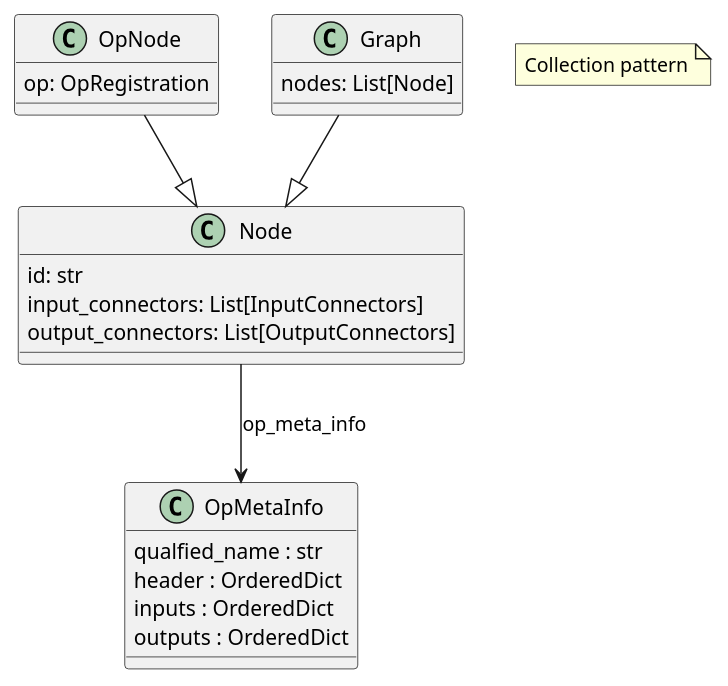
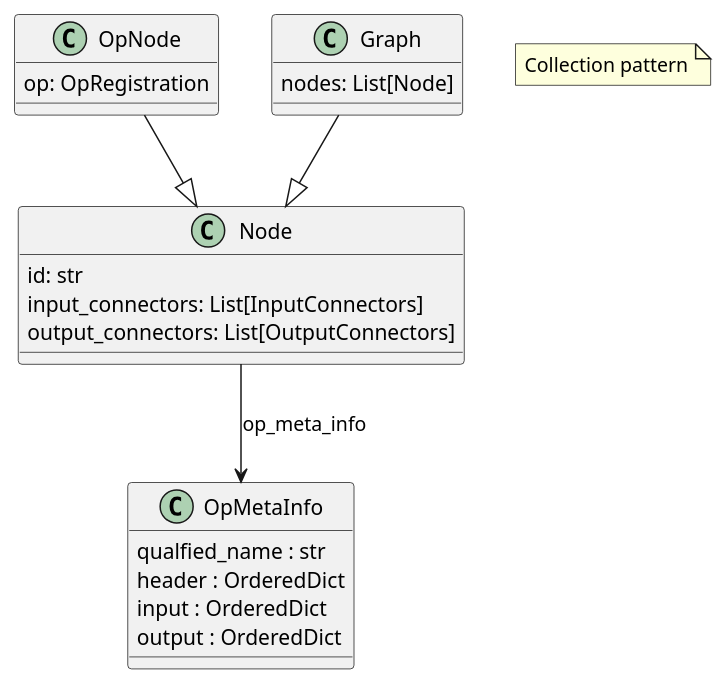
One commit to CCI-Tools/cate changed the diagram in doc/source/uml/node.puml. Above: the diagram before and after it, drawn with PlantUML. The commit also changed 3 other files, not shown here.

Commit message:
rename OpMetaInfo.inputs/outputs to input/output, according to Node.input/output

```diff
--- a/doc/source/uml/node.puml
+++ b/doc/source/uml/node.puml
@@ -1,24 +1,24 @@
 @startuml
 
 Node : id: str
 Node --> OpMetaInfo: op_meta_info
 Node : input_connectors: List[InputConnectors]
 Node : output_connectors: List[OutputConnectors]
 
 OpNode --|> Node
 OpNode : op: OpRegistration
 
 Graph --|> Node
 Graph : nodes: List[Node]
 'Graph --> "0..N" Node: nodes
 
 OpMetaInfo : qualfied_name : str
 OpMetaInfo : header : OrderedDict
-OpMetaInfo : inputs : OrderedDict
-OpMetaInfo : outputs : OrderedDict
+OpMetaInfo : input : OrderedDict
+OpMetaInfo : output : OrderedDict
 
 note as N1
 Collection pattern
 end note
 
 @enduml
```
